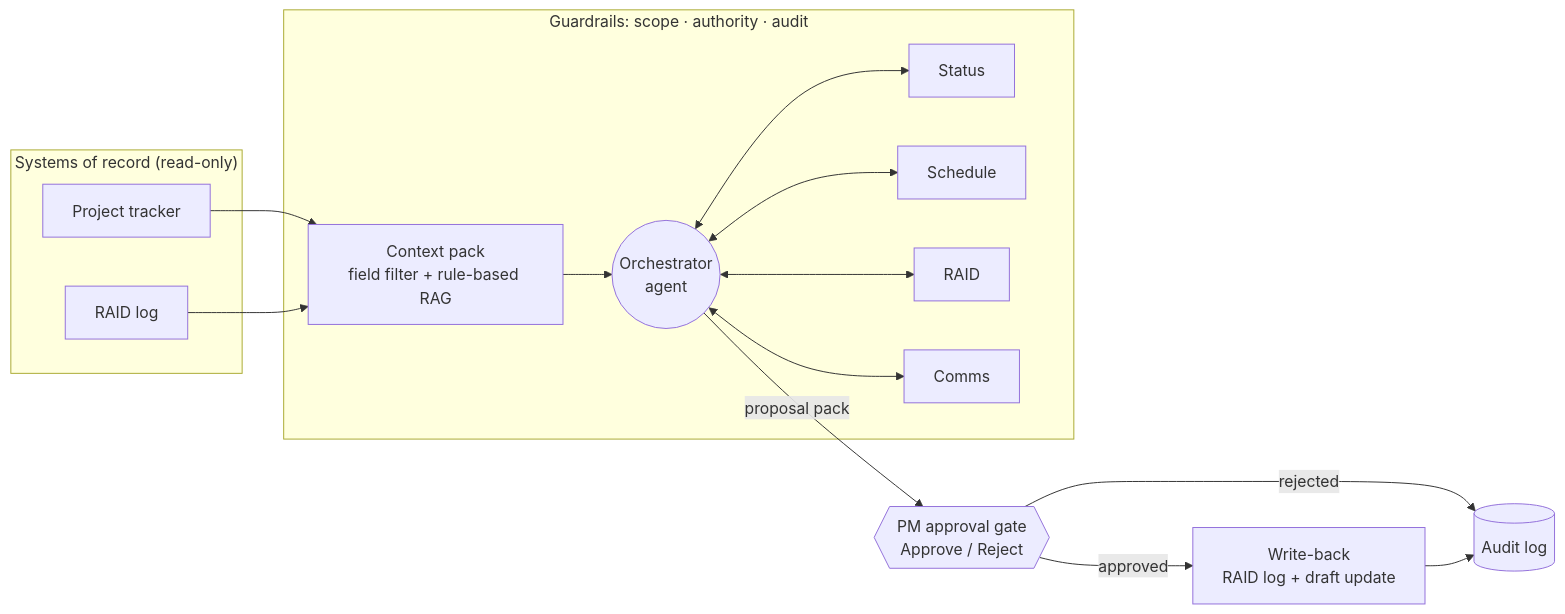
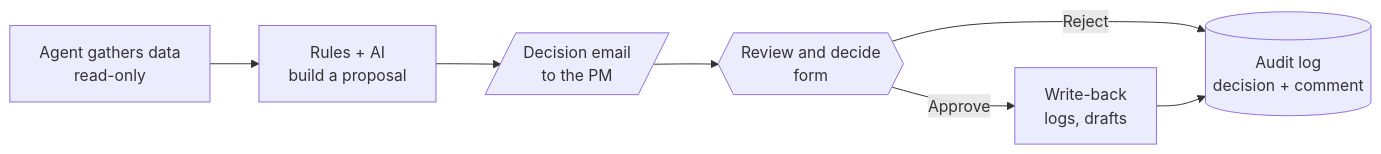
The diagram in README.md (richard-pmcollab/ai-proposes-pm-decides), drawn with Mermaid before and after one commit. The commit also changed other lines of this file and 27 other files, not shown here.

First line of the commit message:
Redesign decision emails, add decision form, Setup workflow and beginner install guide

````diff
--- a/README.md
+++ b/README.md
@@ -23,28 +40,9 @@
 ```mermaid
 flowchart LR
-    subgraph SOR["Systems of record (read-only)"]
-        T[Project tracker]
-        R[RAID log]
-    end
-
-    subgraph CORE["Guardrails: scope · authority · audit"]
-        C[Context pack<br/>field filter + rule-based RAG]
-        O((Orchestrator<br/>agent))
-        S1[Status]
-        S2[Schedule]
-        S3[RAID]
-        S4[Comms]
-        C --> O
-        O <--> S1
-        O <--> S2
-        O <--> S3
-        O <--> S4
-    end
-
-    T --> C
-    R --> C
-    O -- proposal pack --> PM{{"PM approval gate<br/>Approve / Reject"}}
-    PM -- approved --> W[Write-back<br/>RAID log + draft update]
-    PM -- rejected --> L
-    W --> L[(Audit log)]
+    A[Agent gathers data<br/>read-only] --> B[Rules + AI<br/>build a proposal]
+    B --> E[/Decision email<br/>to the PM/]
+    E --> F{{Review and decide<br/>form}}
+    F -- Approve --> W[Write-back<br/>logs, drafts]
+    F -- Reject --> L
+    W --> L[(Audit log<br/>decision + comment)]
 ```
````
